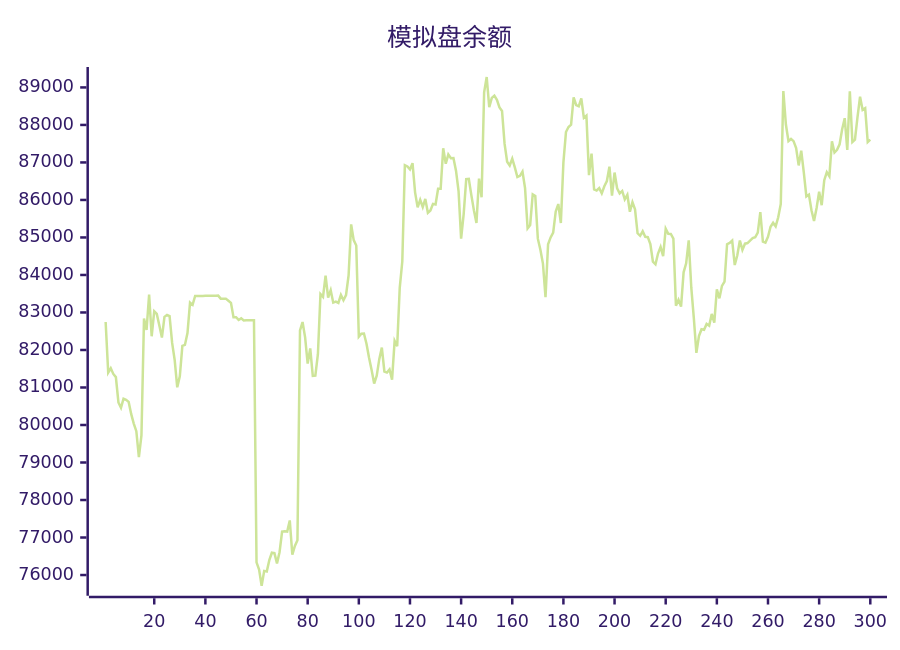
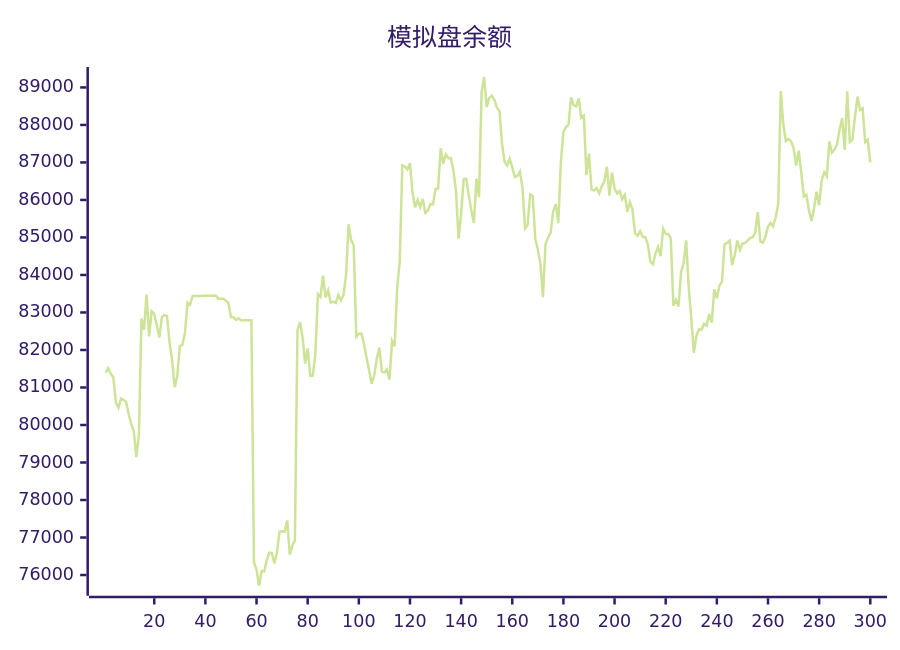
One commit to aahl/ai-trading changed the diagram in README.md. Above: the diagram before and after it, drawn with Mermaid (forest theme). The commit also changed other lines of this file and 1 other file, not shown here.

````diff
--- a/README.md
+++ b/README.md
@@ -5,5 +5,5 @@
 ```mermaid
 xychart
     title "模拟盘余额"
-    line [82746,81396,81512,81362,81277,80600,80461,80699,80673,80616,80288,80038,79836,79142,79722,82837,82533,83480,82366,83032,82960,82654,82330,82883,82934,82901,82188,81728,81005,81298,82110,82135,82449,83264,83203,83440,83439,83440,83440,83446,83447,83448,83447,83448,83449,83369,83369,83369,83313,83256,82872,82873,82801,82844,82785,82791,82791,82793,82794,76339,76145,75714,76110,76096,76397,76594,76585,76310,76607,77160,77170,77160,77456,76541,76774,76927,82520,82744,82337,81639,82040,81307,81314,81887,83490,83414,83984,83396,83594,83261,83287,83253,83470,83327,83465,83987,85348,84930,84786,82355,82433,82438,82167,81795,81466,81105,81315,81756,82064,81426,81398,81481,81210,82242,82099,83658,84359,86925,86892,86814,86980,86203,85802,86003,85811,86028,85657,85721,85896,85880,86300,86299,87378,86965,87214,87115,87118,86780,86238,84966,85623,86555,86562,86129,85722,85387,86569,86070,88870,89278,88477,88720,88781,88668,88467,88372,87493,87018,86917,87102,86870,86613,86644,86758,86317,85242,85334,86149,86106,84968,84671,84302,83410,84816,85001,85127,85693,85891,85384,87001,87811,87945,88007,88734,88528,88495,88705,88189,88248,86662,87234,86279,86251,86314,86177,86364,86503,86886,86114,86731,86310,86176,86240,86017,86136,85685,85938,85749,85111,85044,85164,85016,85008,84824,84354,84287,84572,84745,84500,85234,85096,85095,84970,83180,83338,83157,84070,84309,84922,83667,82850,81924,82369,82552,82539,82695,82648,82962,82728,83619,83378,83710,83825,84819,84854,84917,84265,84527,84919,84668,84834,84850,84916,84981,85004,85131,85674,84891,84864,85019,85284,85393,85294,85538,85894,88904,88012,87567,87625,87568,87386,86920,87313,86737,86094,86143,85725,85437,85787,86219,85859,86526,86740,86630,87563,87264,87335,87483,87886,88180,87335,88894,87544,87608,88207,88755,88401,88444,87543,87608]
+    line [81396,81512,81362,81277,80600,80461,80699,80673,80616,80288,80038,79836,79142,79722,82837,82533,83480,82366,83032,82960,82654,82330,82883,82934,82901,82188,81728,81005,81298,82110,82135,82449,83264,83203,83440,83439,83440,83440,83446,83447,83448,83447,83448,83449,83369,83369,83369,83313,83256,82872,82873,82801,82844,82785,82791,82791,82793,82794,76339,76145,75714,76110,76096,76397,76594,76585,76310,76607,77160,77170,77160,77456,76541,76774,76927,82520,82744,82337,81639,82040,81307,81314,81887,83490,83414,83984,83396,83594,83261,83287,83253,83470,83327,83465,83987,85348,84930,84786,82355,82433,82438,82167,81795,81466,81105,81315,81756,82064,81426,81398,81481,81210,82242,82099,83658,84359,86925,86892,86814,86980,86203,85802,86003,85811,86028,85657,85721,85896,85880,86300,86299,87378,86965,87214,87115,87118,86780,86238,84966,85623,86555,86562,86129,85722,85387,86569,86070,88870,89278,88477,88720,88781,88668,88467,88372,87493,87018,86917,87102,86870,86613,86644,86758,86317,85242,85334,86149,86106,84968,84671,84302,83410,84816,85001,85127,85693,85891,85384,87001,87811,87945,88007,88734,88528,88495,88705,88189,88248,86662,87234,86279,86251,86314,86177,86364,86503,86886,86114,86731,86310,86176,86240,86017,86136,85685,85938,85749,85111,85044,85164,85016,85008,84824,84354,84287,84572,84745,84500,85234,85096,85095,84970,83180,83338,83157,84070,84309,84922,83667,82850,81924,82369,82552,82539,82695,82648,82962,82728,83619,83378,83710,83825,84819,84854,84917,84265,84527,84919,84668,84834,84850,84916,84981,85004,85131,85674,84891,84864,85019,85284,85393,85294,85538,85894,88904,88012,87567,87625,87568,87386,86920,87313,86737,86094,86143,85725,85437,85787,86219,85859,86526,86740,86630,87563,87264,87335,87483,87886,88180,87335,88894,87544,87608,88207,88755,88401,88444,87543,87608,87000]
 ```
````
